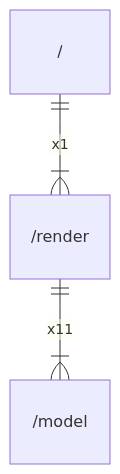
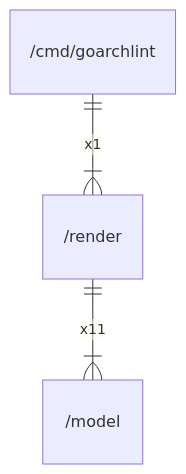
Before and after one commit to gbh007/goarchlint: the diagram in doc/arch/render.md, drawn with Mermaid. The commit also changed other lines of this file and 11 other files, not shown here.

````diff
--- a/doc/arch/render.md
+++ b/doc/arch/render.md
@@ -30,5 +30,5 @@
 ```mermaid
 erDiagram
-    "/" ||--|{ "/render" : x1
+    "/cmd/goarchlint" ||--|{ "/render" : x1
     "/render" ||--|{ "/model" : x11
 ```
````
